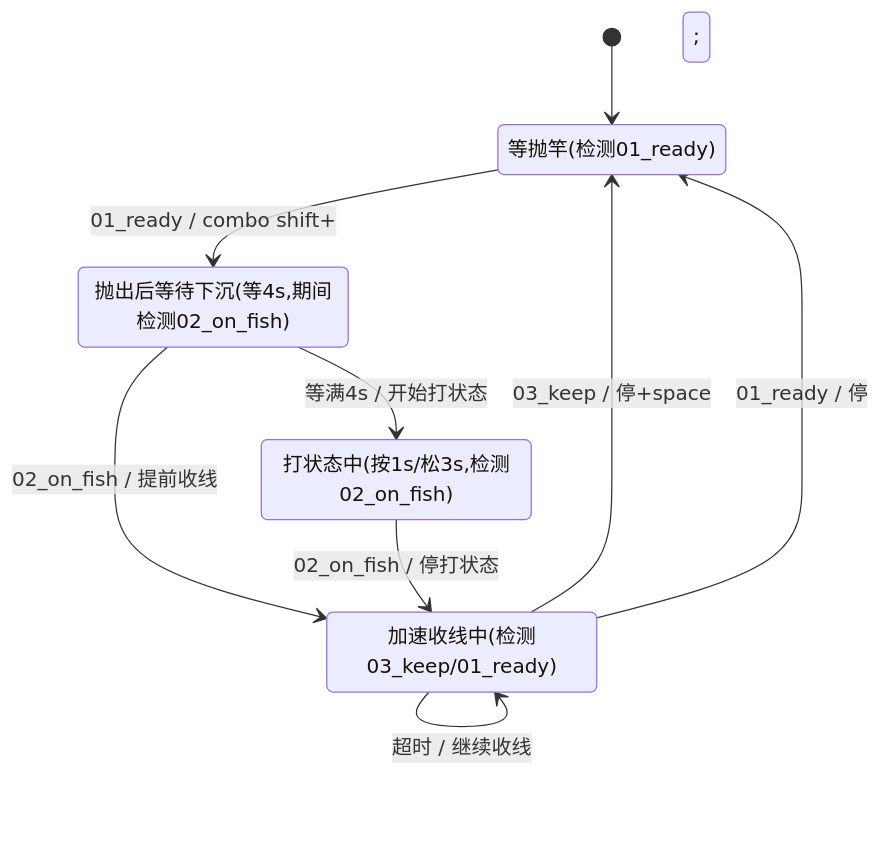
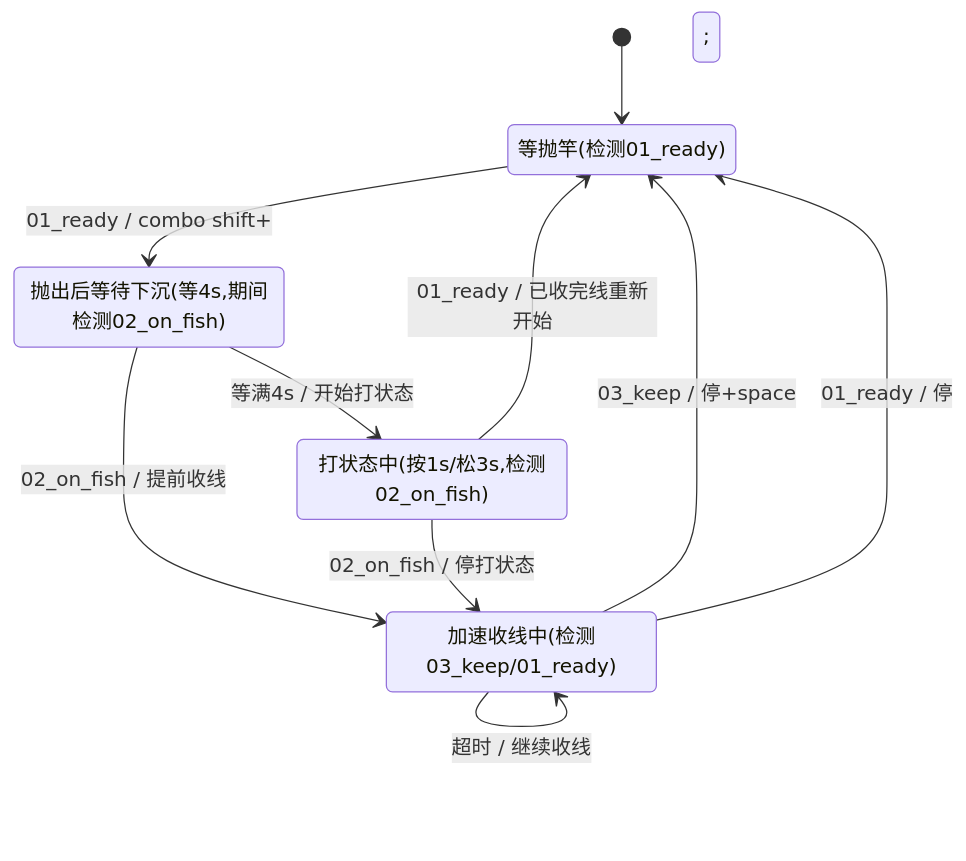
Before and after one commit to Ts-sound/GameMacroAutomation: the diagram in docs/examples/04_rf4/rf4_lure.md, drawn with Mermaid. The commit also changed other lines of this file and 2 other files, not shown here.

Commit message:
feat: rf4_lure 打状态中检测 01_ready 已收完线直接重开

````diff
--- a/docs/examples/04_rf4/rf4_lure.md
+++ b/docs/examples/04_rf4/rf4_lure.md
@@ -42,16 +43,17 @@
 ```mermaid
 stateDiagram-v2
     [*] --> WAIT_READY
     WAIT_READY: 等抛竿(检测01_ready)
     WAIT_SINK: 抛出后等待下沉(等4s,期间检测02_on_fish)
     JIGGING: 打状态中(按1s/松3s,检测02_on_fish)
     REELING_FISH: 加速收线中(检测03_keep/01_ready)
 
     WAIT_READY --> WAIT_SINK: 01_ready / combo shift+;
     WAIT_SINK --> JIGGING: 等满4s / 开始打状态
     WAIT_SINK --> REELING_FISH: 02_on_fish / 提前收线
     JIGGING --> REELING_FISH: 02_on_fish / 停打状态
+    JIGGING --> WAIT_READY: 01_ready / 已收完线重新开始
     REELING_FISH --> WAIT_READY: 03_keep / 停+space
     REELING_FISH --> WAIT_READY: 01_ready / 停
     REELING_FISH --> REELING_FISH: 超时 / 继续收线
 ```
````
